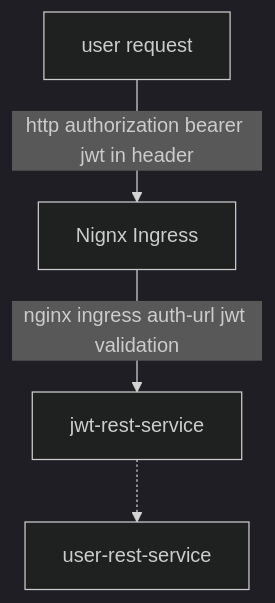
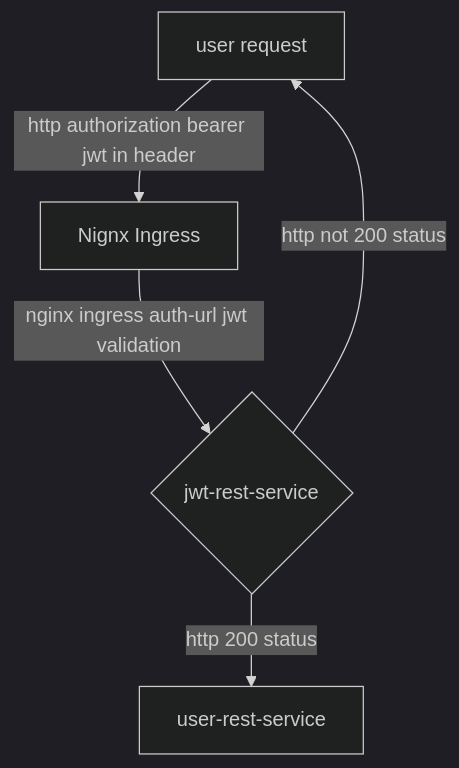
Before and after one commit to sonamsamdupkhangsar/sonamsamdupkhangsar.github.io: the third of 3 diagrams in README.md, drawn with Mermaid (dark theme). The commit also changed other lines of this file, not shown here.

Commit message:
add jwt redirection

````diff
--- a/README.md
+++ b/README.md
@@ -27,6 +24,7 @@
 ```mermaid
 flowchart TD
     A[user request] --> |http authorization bearer jwt in header| B[Nignx Ingress]
-    B --> | nginx ingress auth-url jwt validation| C[jwt-rest-service]
-    C -.-> D[user-rest-service]    
+    B --> | nginx ingress auth-url jwt validation| C{jwt-rest-service}
+    C --> |http 200 status| D[user-rest-service] 
+    C --> | http not 200 status| A
 ``` 
````
